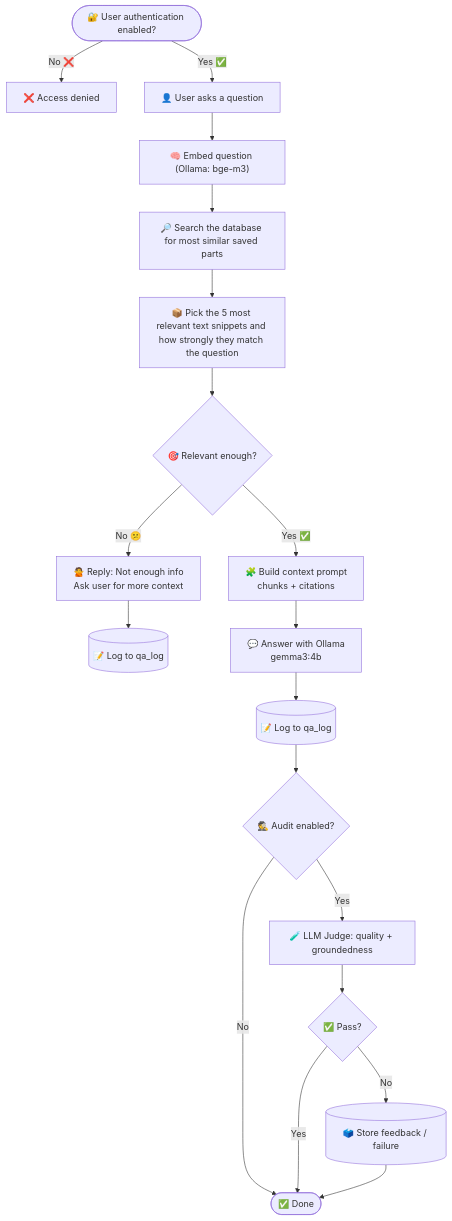
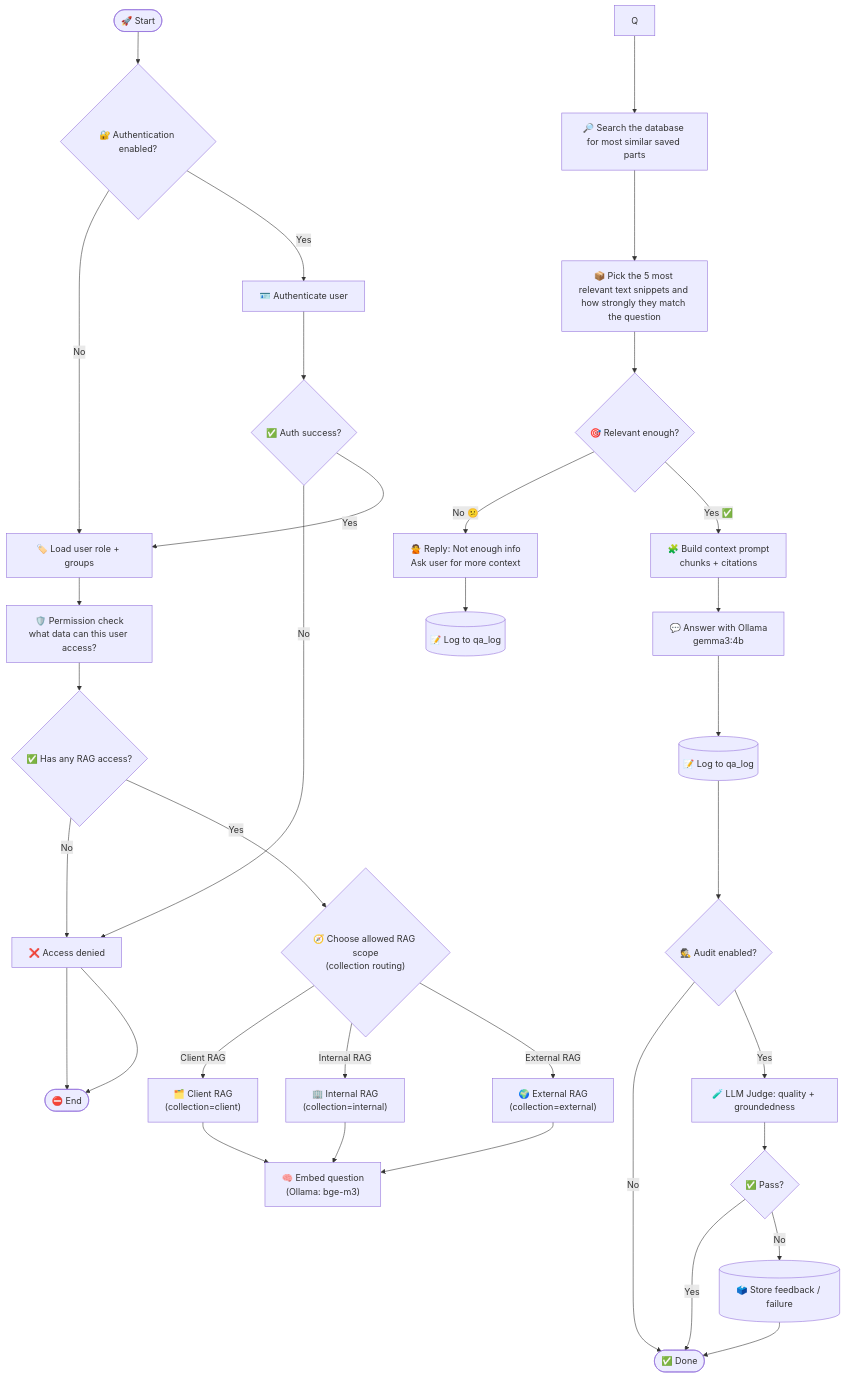
One commit to LauraAva/rag-ollama-set-up changed the second of 3 diagrams in docs/PROCESS_VISUALIZATION_TRIAL.md. Above: the diagram before and after it, drawn with Mermaid.

````diff
--- a/docs/PROCESS_VISUALIZATION_TRIAL.md
+++ b/docs/PROCESS_VISUALIZATION_TRIAL.md
@@ -28,35 +28,50 @@
 ```mermaid
 flowchart TD
 
-  UA(["🔐 User authentication enabled?"])
-  UA -- "No ❌" --> X["❌ Access denied"]
+  START([🚀 Start]) --> AUTH{"🔐 Authentication enabled?"}
 
+  AUTH -- "No" --> ROLE["👤 Treat as anonymous / default role"]
+  AUTH -- "Yes" --> LOGIN["🪪 Authenticate user"]
+  LOGIN --> OK{"✅ Auth success?"}
+  OK -- "No" --> DENY["❌ Access denied"] --> END0([⛔ End])
+  OK -- "Yes" --> ROLE["🏷️ Load user role + groups"]
 
-  UA -- "Yes ✅" --> U["👤 User asks a question"]
-  U --> Q["🧠 Embed question (Ollama: bge-m3)"]
+  ROLE --> PERM["🛡️ Permission check<br/>what data can this user access?"]
+  PERM --> ALLOW{"✅ Has any RAG access?"}
+  ALLOW -- "No" --> DENY --> END0
+
+  ALLOW -- "Yes" --> ROUTER{"🧭 Choose allowed RAG scope<br/>(collection routing)"}
+
+  ROUTER -->|Client RAG| CRAG["🗂️ Client RAG<br/>(collection=client)"]
+  ROUTER -->|Internal RAG| IRAG["🏢 Internal RAG<br/>(collection=internal)"]
+  ROUTER -->|External RAG| ERAG["🌍 External RAG<br/>(collection=external)"]
+
+  CRAG --> QV["🧠 Embed question<br/>(Ollama: bge-m3)"]
+  IRAG --> QV
+  ERAG --> QV
 
   Q --> S[🔎 Search the database for most similar saved parts]
   S --> R[📦 Pick the 5 most relevant text snippets and how strongly they match the question]
 
   R --> G{🎯 Relevant enough?}
 
   G -- "No 😕" --> N[🙅 Reply: Not enough info<br/>Ask user for more context]
   N --> L1[(📝 Log to qa_log)]
   classDef animate stroke-dasharray: 9,5,stroke-dashoffset: 900,animation: dash 25s linear infinite;
   class e1 animate
 
   G -- "Yes ✅" --> C[🧩 Build context prompt<br/>chunks + citations]
   C --> A[💬 Answer with Ollama<br/>gemma3:4b]
   A --> L2[(📝 Log to qa_log)]
 
   L2 --> AU{🕵️ Audit enabled?}
   AU -- "No" --> DONE([✅ Done])
 
   AU -- "Yes" --> J[🧪 LLM Judge: quality + groundedness]
   J --> V{✅ Pass?}
 
   V -- "Yes" --> DONE
   V -- "No" --> F[(🗳️ Store feedback / failure)]
   F --> DONE
 
 ```
````
